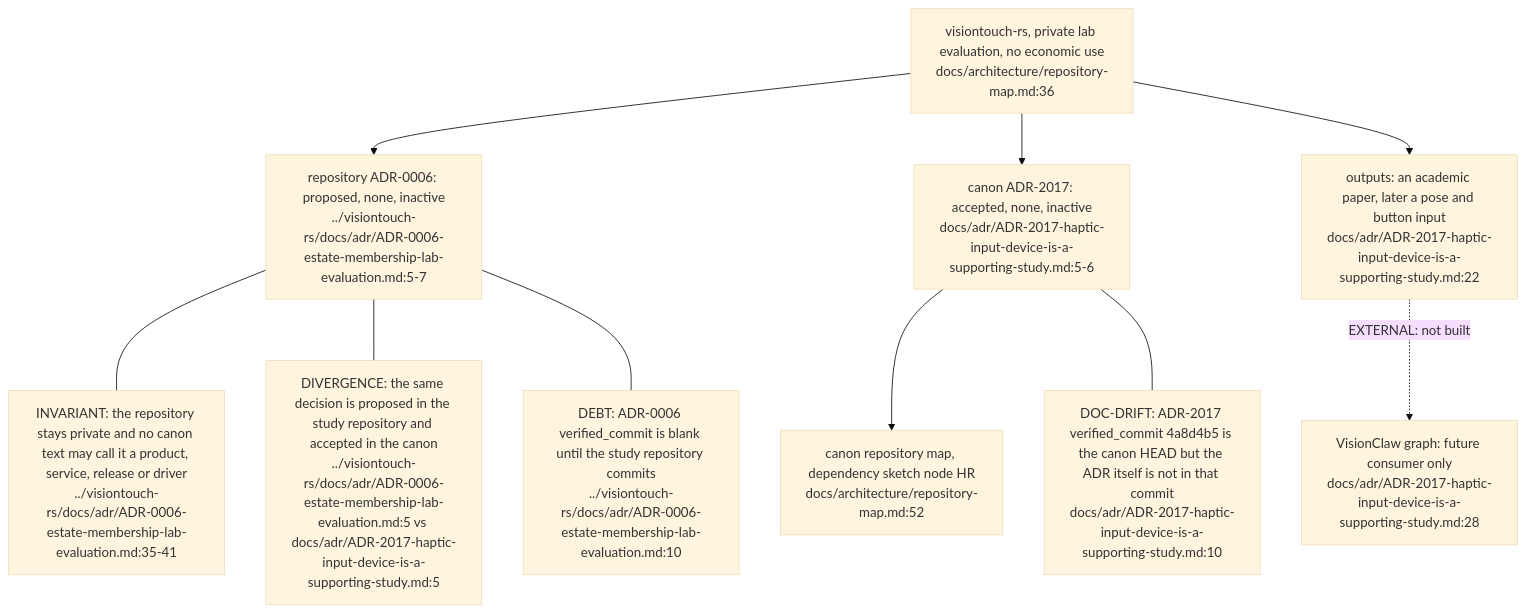
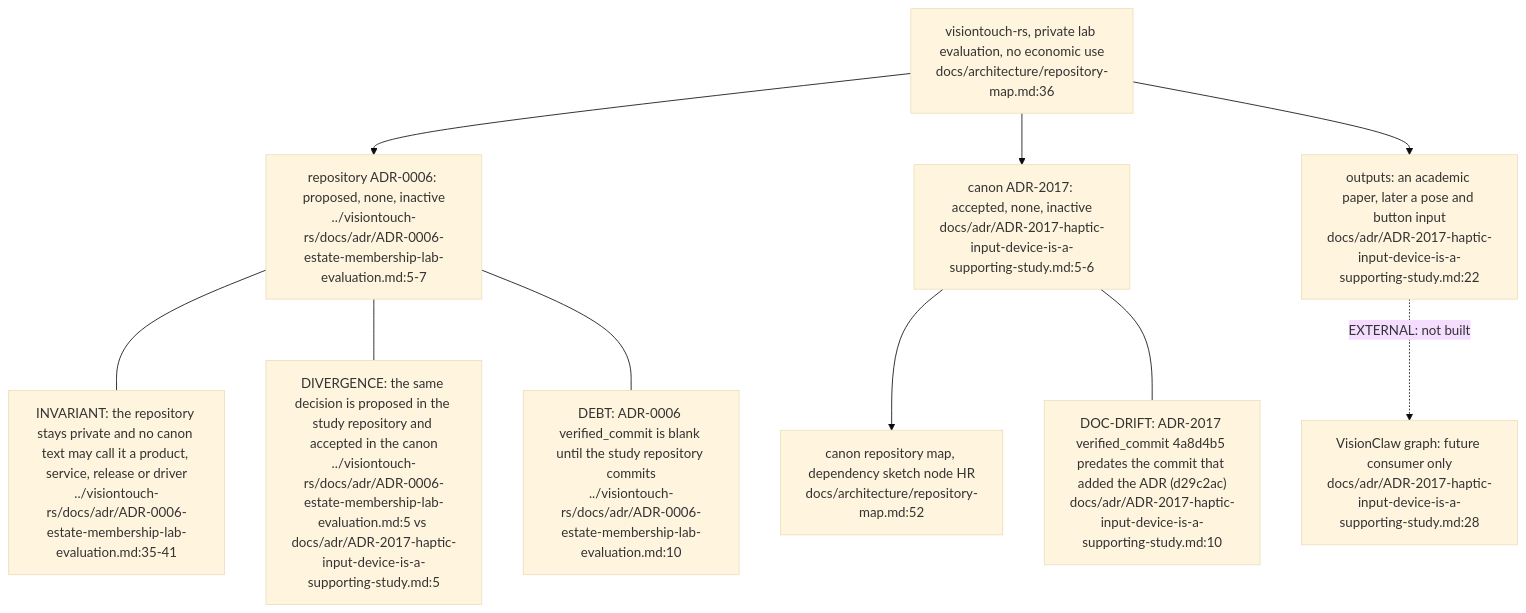
Before and after one commit to DreamLab-AI/VisionFlow: the first of 4 diagrams in docs/diagrams/visiontouch-rs/07-estate-position-and-future-visionclaw-grab-path.md, drawn with Mermaid (base theme). The commit also changed other lines of this file, not shown here.

Commit message:
Re-stamp VT-07 at the commit that landed ADR-2017

````diff
--- a/docs/diagrams/visiontouch-rs/07-estate-position-and-future-visionclaw-grab-path.md
+++ b/docs/diagrams/visiontouch-rs/07-estate-position-and-future-visionclaw-grab-path.md
@@ -36,22 +35,22 @@
 ```mermaid
 flowchart TB
     HR["visiontouch-rs, private lab evaluation, no economic use<br/>docs/architecture/repository-map.md:36"]
     A6["repository ADR-0006: proposed, none, inactive<br/>../visiontouch-rs/docs/adr/ADR-0006-estate-membership-lab-evaluation.md:5-7"]
     A17["canon ADR-2017: accepted, none, inactive<br/>docs/adr/ADR-2017-haptic-input-device-is-a-supporting-study.md:5-6"]
     MAP["canon repository map, dependency sketch node HR<br/>docs/architecture/repository-map.md:52"]
     VC["VisionClaw graph: future consumer only<br/>docs/adr/ADR-2017-haptic-input-device-is-a-supporting-study.md:28"]
     OUT["outputs: an academic paper, later a pose and button input<br/>docs/adr/ADR-2017-haptic-input-device-is-a-supporting-study.md:22"]
     HR --> A6
     HR --> A17
     A17 --> MAP
     HR --> OUT
     OUT -. "EXTERNAL: not built" .-> VC
     N1["INVARIANT: the repository stays private and no canon text may call it a product, service, release or driver<br/>../visiontouch-rs/docs/adr/ADR-0006-estate-membership-lab-evaluation.md:35-41"]
     N2["DIVERGENCE: the same decision is proposed in the study repository and accepted in the canon<br/>../visiontouch-rs/docs/adr/ADR-0006-estate-membership-lab-evaluation.md:5 vs docs/adr/ADR-2017-haptic-input-device-is-a-supporting-study.md:5"]
-    N3["DOC-DRIFT: ADR-2017 verified_commit 4a8d4b5 is the canon HEAD but the ADR itself is not in that commit<br/>docs/adr/ADR-2017-haptic-input-device-is-a-supporting-study.md:10"]
+    N3["DOC-DRIFT: ADR-2017 verified_commit 4a8d4b5 predates the commit that added the ADR (d29c2ac)<br/>docs/adr/ADR-2017-haptic-input-device-is-a-supporting-study.md:10"]
     N4["DEBT: ADR-0006 verified_commit is blank until the study repository commits<br/>../visiontouch-rs/docs/adr/ADR-0006-estate-membership-lab-evaluation.md:10"]
     A6 --- N1
     A6 --- N2
     A17 --- N3
     A6 --- N4
 ```
````
